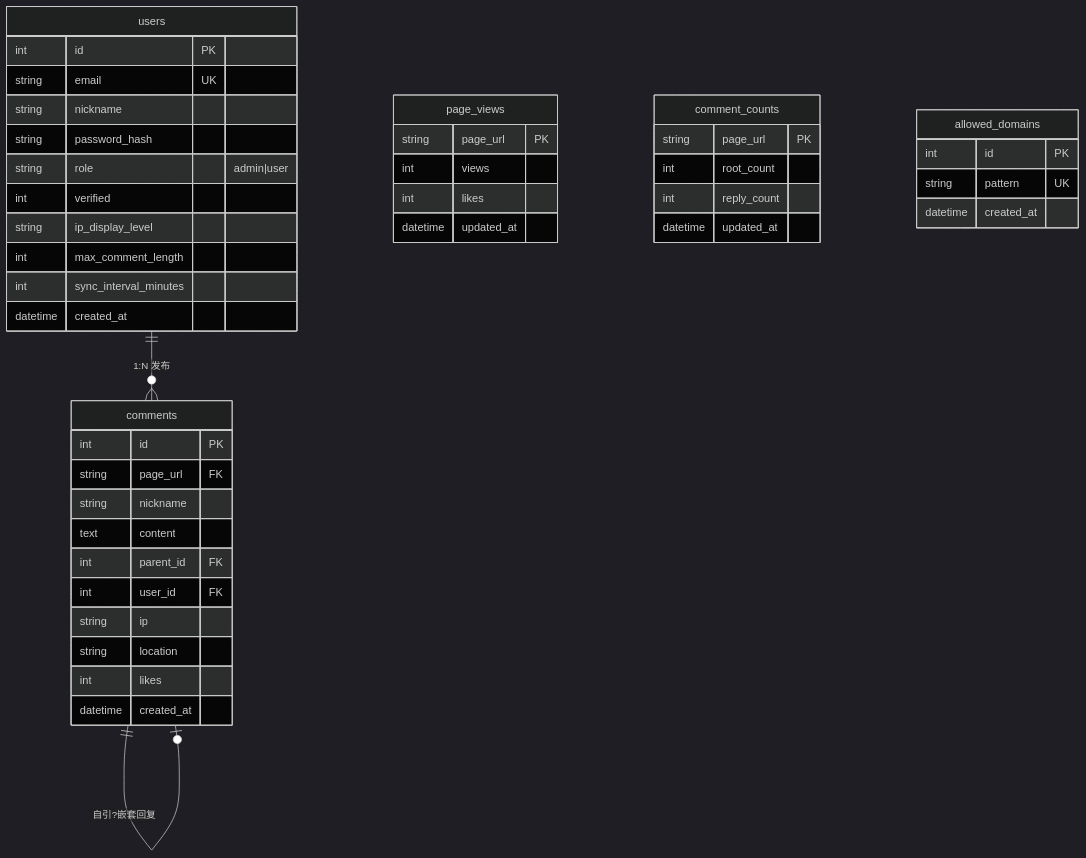
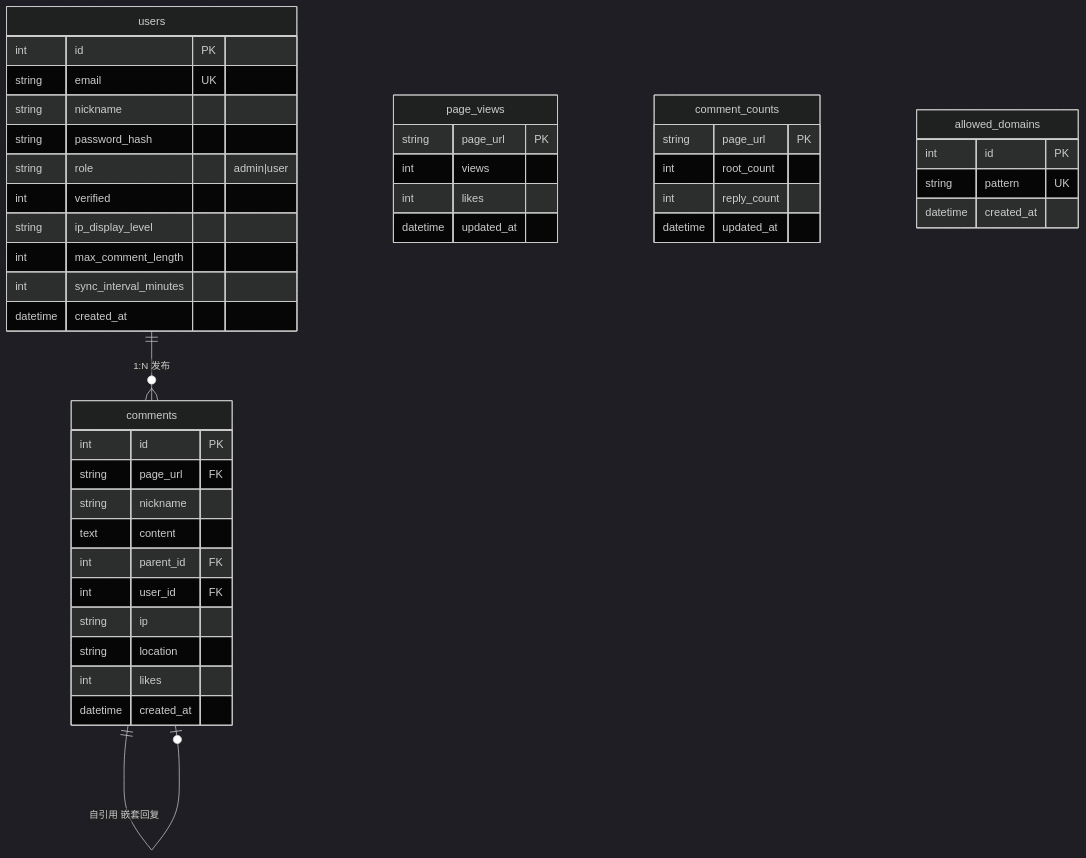
The second of 5 diagrams in src/content/posts/extalk.md (ImUpXuu/xuhome), drawn with Mermaid (dark theme) before and after one commit. The commit also changed other lines of this file and 94 other files, not shown here.

````diff
--- a/src/content/posts/extalk.md
+++ b/src/content/posts/extalk.md
@@ -148,51 +147,51 @@
 ```mermaid
 erDiagram
     users ||--o{ comments : "1:N 发布"
-    comments ||--o| comments : "自引?嵌套回复"
+    comments ||--o| comments : "自引用 嵌套回复"
   
     users {
         int id PK
         string email UK
         string nickname
         string password_hash
         string role "admin|user"
         int verified
         string ip_display_level
         int max_comment_length
         int sync_interval_minutes
         datetime created_at
     }
   
     comments {
         int id PK
         string page_url FK
         string nickname
         text content
         int parent_id FK
         int user_id FK
         string ip
         string location
         int likes
         datetime created_at
     }
   
     page_views {
         string page_url PK
         int views
         int likes
         datetime updated_at
     }
   
     comment_counts {
         string page_url PK
         int root_count
         int reply_count
         datetime updated_at
     }
   
     allowed_domains {
         int id PK
         string pattern UK
         datetime created_at
     }
 ```
````
